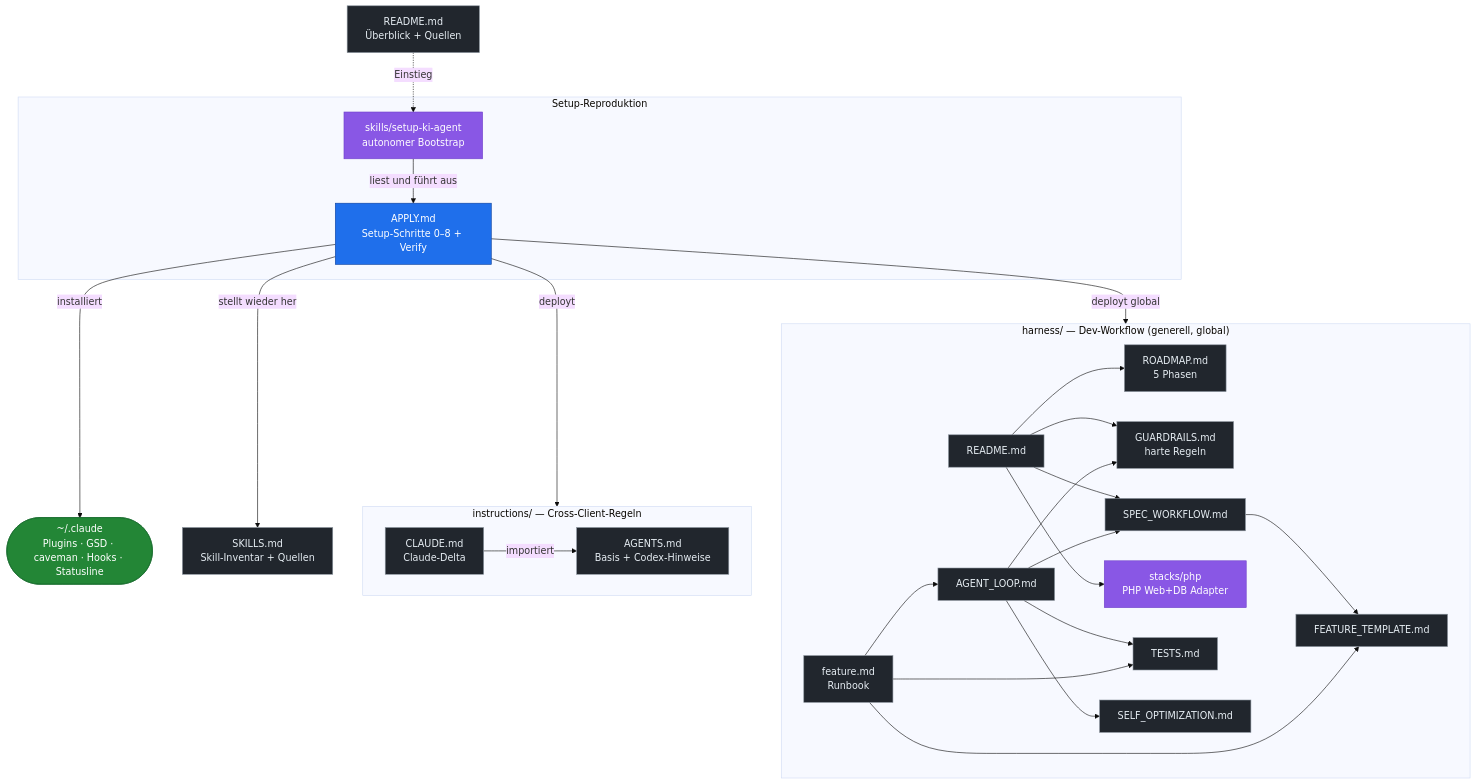
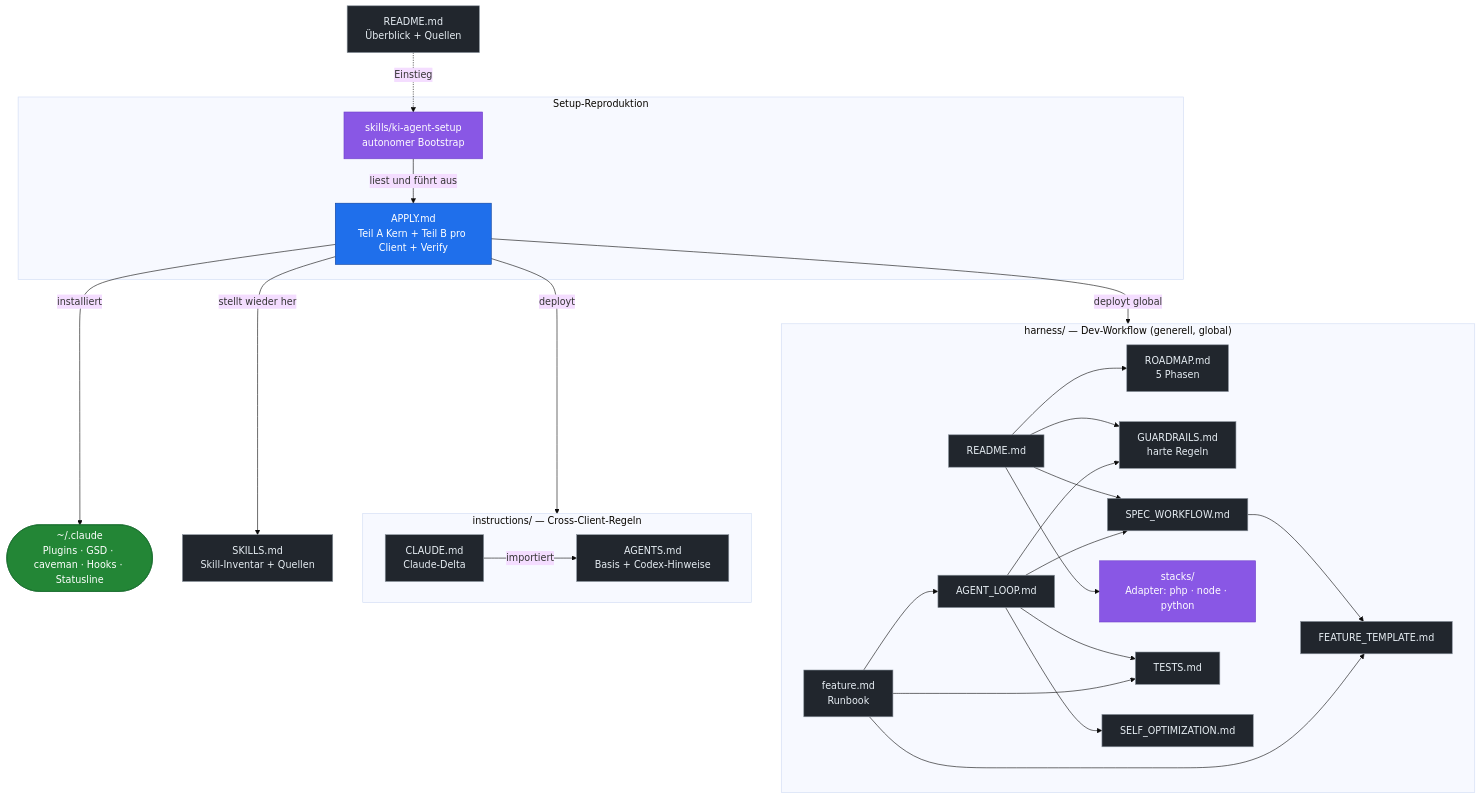
The diagram in README.md (derivo/ki-agent-setup), drawn with Mermaid (base theme) before and after one commit. The commit also changed other lines of this file and 9 other files, not shown here.

First line of the commit message:
docs: rename skill to ki-agent-setup and follow the APPLY.md restructure

````diff
--- a/README.md
+++ b/README.md
@@ -141,47 +142,47 @@
 ```mermaid
 flowchart TD
     README["README.md<br/>Überblick + Quellen"]:::doc
 
     subgraph SETUP[" Setup-Reproduktion "]
-        SKILL["skills/setup-ki-agent<br/>autonomer Bootstrap"]:::skill
-        APPLY["APPLY.md<br/>Setup-Schritte 0–8 + Verify"]:::core
+        SKILL["skills/ki-agent-setup<br/>autonomer Bootstrap"]:::skill
+        APPLY["APPLY.md<br/>Teil A Kern + Teil B pro Client + Verify"]:::core
         SKILL -->|liest und führt aus| APPLY
     end
 
     subgraph INSTR[" instructions/ — Cross-Client-Regeln "]
         AGENTS["AGENTS.md<br/>Basis + Codex-Hinweise"]:::doc
         CLAUDE["CLAUDE.md<br/>Claude-Delta"]:::doc
         CLAUDE -->|importiert| AGENTS
     end
 
     SKILLS["SKILLS.md<br/>Skill-Inventar + Quellen"]:::doc
     TOOLS(["~/.claude<br/>Plugins · GSD · caveman · Hooks · Statusline"]):::target
 
     subgraph HARN[" harness/ — Dev-Workflow (generell, global) "]
         HREADME["README.md"]:::doc
         ROADMAP["ROADMAP.md<br/>5 Phasen"]:::doc
         GUARD["GUARDRAILS.md<br/>harte Regeln"]:::doc
         SPECW["SPEC_WORKFLOW.md"]:::doc
         FEATT["FEATURE_TEMPLATE.md"]:::doc
         TESTS["TESTS.md"]:::doc
         LOOP["AGENT_LOOP.md"]:::doc
         SELF["SELF_OPTIMIZATION.md"]:::doc
         FEAT["feature.md<br/>Runbook"]:::doc
-        PHPAD["stacks/php<br/>PHP Web+DB Adapter"]:::skill
+        PHPAD["stacks/<br/>Adapter: php · node · python"]:::skill
         HREADME --> ROADMAP & GUARD & SPECW & PHPAD
         SPECW --> FEATT
         LOOP --> GUARD & TESTS & SPECW & SELF
         FEAT --> LOOP & FEATT & TESTS
     end
 
     README -. Einstieg .-> SKILL
     APPLY -->|deployt| INSTR
     APPLY -->|installiert| TOOLS
     APPLY -->|stellt wieder her| SKILLS
     APPLY -->|deployt global| HARN
 
     classDef core fill:#1f6feb,stroke:#0d419d,color:#fff;
     classDef skill fill:#8957e5,stroke:#6e40c9,color:#fff;
     classDef doc fill:#21262d,stroke:#8b949e,color:#e6edf3;
     classDef target fill:#238636,stroke:#196c2e,color:#fff;
 ```
````
